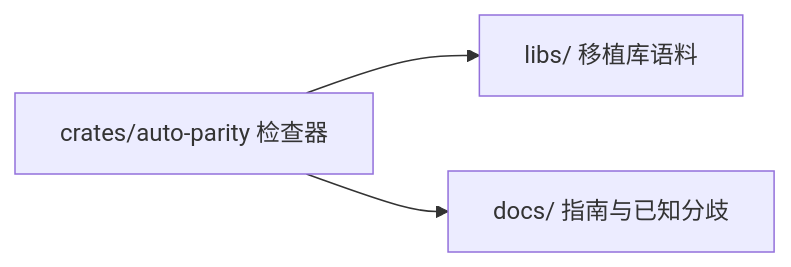
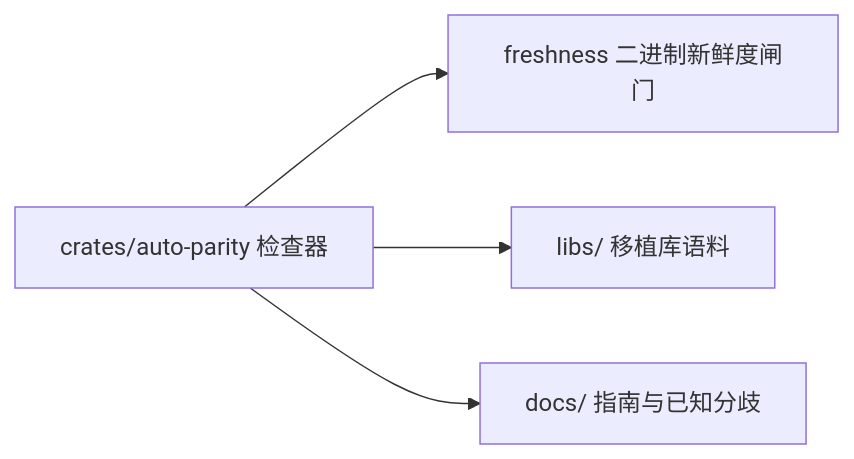
The diagram in docs/specs/parity/project.md (auto-stack/auto-lang), drawn with Mermaid before and after one commit. The commit also changed other lines of this file and 27 other files, not shown here.

````diff
--- a/docs/specs/parity/project.md
+++ b/docs/specs/parity/project.md
@@ -17,8 +22,9 @@
 ```mermaid
 graph LR
-  ap[crates/auto-parity 检查器] --> libs[libs/ 移植库语料]
+  ap[crates/auto-parity 检查器] --> fresh[freshness 二进制新鲜度闸门]
+  ap --> libs[libs/ 移植库语料]
   ap --> docs[docs/ 指南与已知分歧]
   click ap "./auto-parity/" "auto-parity"
   click libs "./libs/" "libs"
   click docs "./docs/" "docs"
 ```
````
